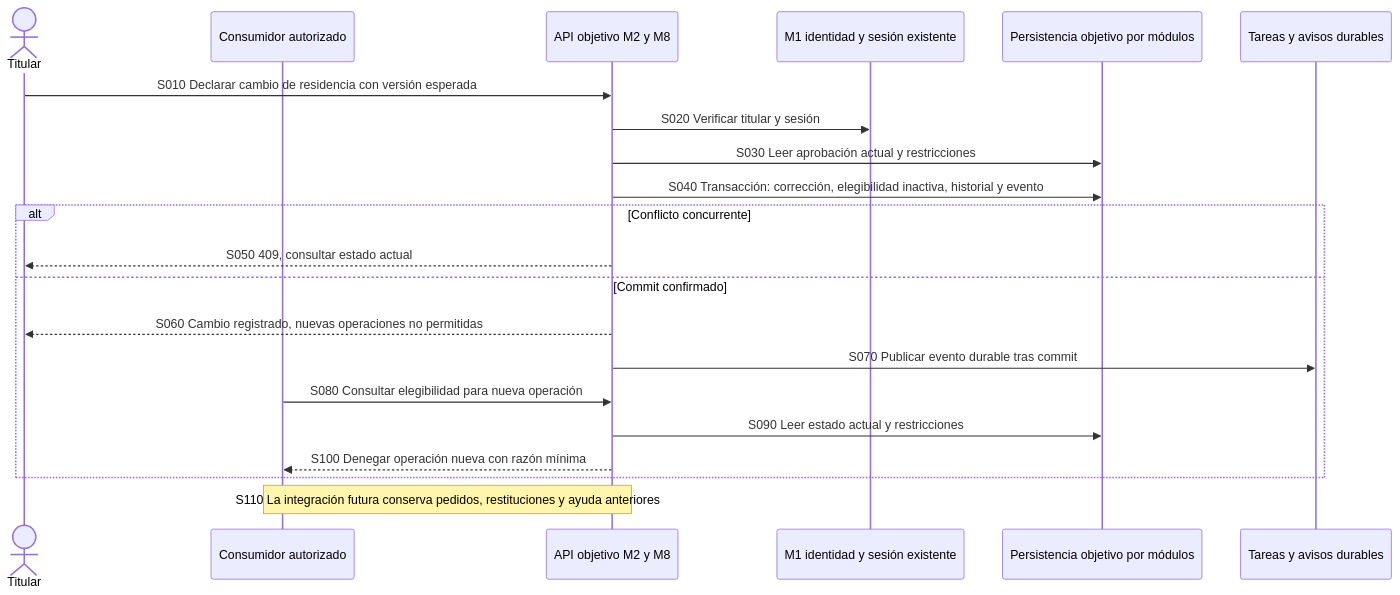
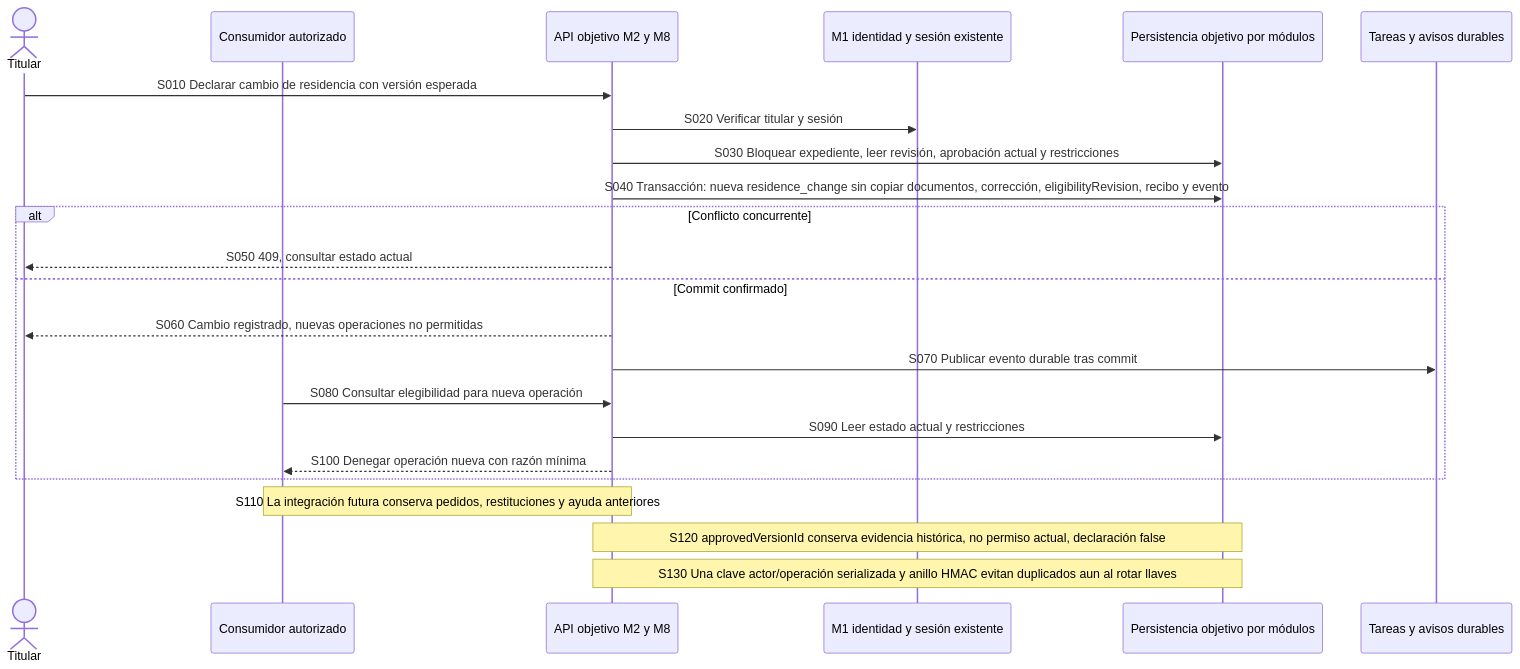
One commit to AndresRaRi/marleva changed the diagram in marleva-local/repositorio/docs/diagramas/secuencia/M2/MAR-M2-SEQ-005.mmd. Above: the diagram before and after it, drawn with Mermaid. The commit also changed 48 other files, not shown here.

```diff
--- a/marleva-local/repositorio/docs/diagramas/secuencia/M2/MAR-M2-SEQ-005.mmd
+++ b/marleva-local/repositorio/docs/diagramas/secuencia/M2/MAR-M2-SEQ-005.mmd
@@ -1,23 +1,25 @@
 %% MAR-M2-SEQ-005: Cambio de residencia y bloqueo de operaciones nuevas
 %% 15-10-2026. Objetivo documental. Sin API o implementación acreditadas.
 sequenceDiagram
 actor T as Titular
 participant C as Consumidor autorizado
 participant A as API objetivo M2 y M8
 participant I as M1 identidad y sesión existente
 participant D as Persistencia objetivo por módulos
 participant W as Tareas y avisos durables
 T->>A: S010 Declarar cambio de residencia con versión esperada
 A->>I: S020 Verificar titular y sesión
-A->>D: S030 Leer aprobación actual y restricciones
-A->>D: S040 Transacción: corrección, elegibilidad inactiva, historial y evento
+A->>D: S030 Bloquear expediente, leer revisión, aprobación actual y restricciones
+A->>D: S040 Transacción: nueva residence_change sin copiar documentos, corrección, eligibilityRevision, recibo y evento
 alt Conflicto concurrente
  A-->>T: S050 409, consultar estado actual
 else Commit confirmado
  A-->>T: S060 Cambio registrado, nuevas operaciones no permitidas
  A->>W: S070 Publicar evento durable tras commit
  C->>A: S080 Consultar elegibilidad para nueva operación
  A->>D: S090 Leer estado actual y restricciones
  A-->>C: S100 Denegar operación nueva con razón mínima
 end
 Note over A,C: S110 La integración futura conserva pedidos, restituciones y ayuda anteriores
+Note over A,D: S120 approvedVersionId conserva evidencia histórica, no permiso actual, declaración false
+Note over A,D: S130 Una clave actor/operación serializada y anillo HMAC evitan duplicados aun al rotar llaves
```
